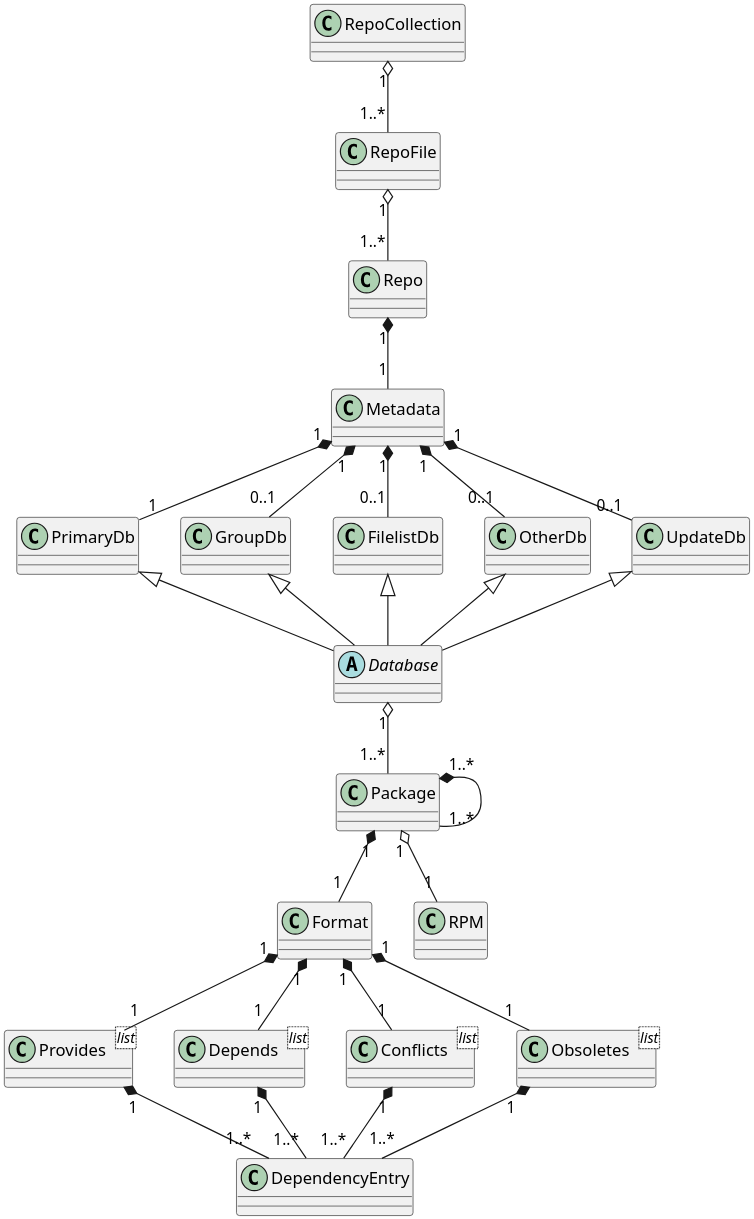
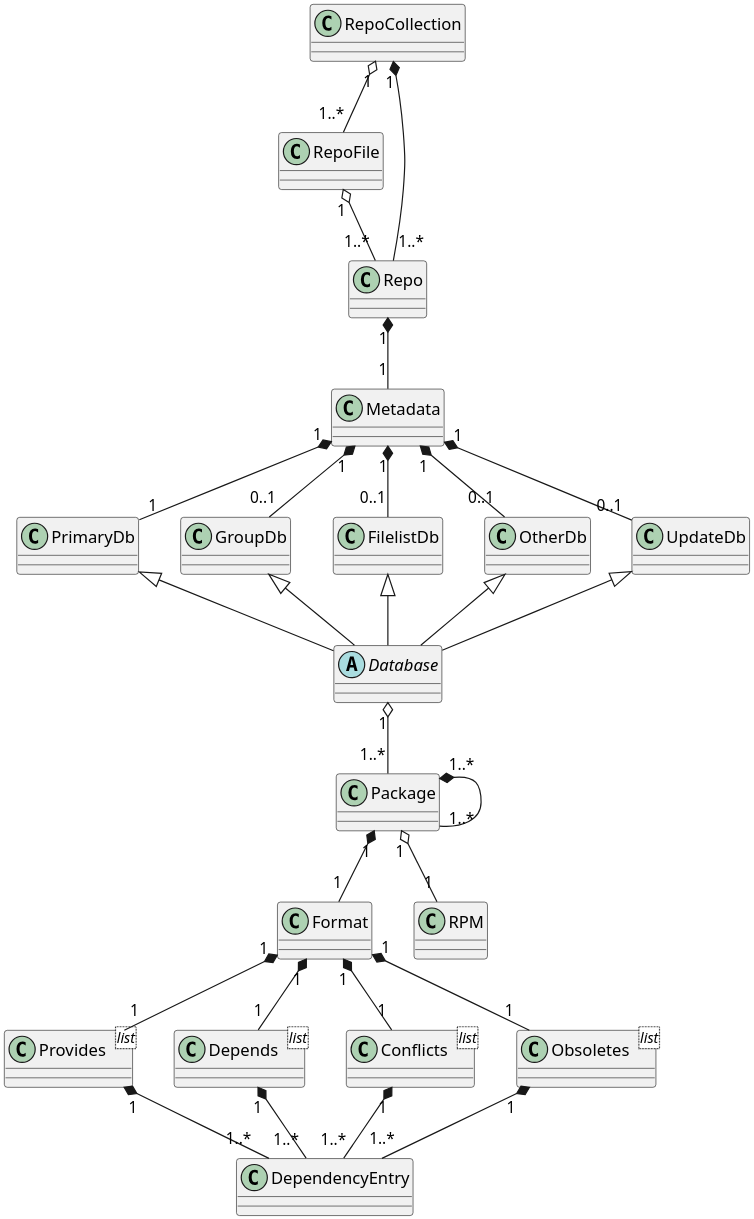
One commit to drewsonne/pyum changed the diagram in diagrams/pyum.puml. Above: the diagram before and after it, drawn with PlantUML. The commit also changed 4 other files, not shown here.

Commit message:
Added RepoCollection tests.

```diff
--- a/diagrams/pyum.puml
+++ b/diagrams/pyum.puml
@@ -1,69 +1,70 @@
 @startuml
 skinparam dpi 300
 
 class RepoCollection
 
 class RepoFile
 
 class Repo
 
 class Metadata
 
 abstract class Database
 
 class PrimaryDb
 class GroupDb
 class FilelistDb
 class OtherDb
 class UpdateDb
 
 class Package
 
 class Format
 
 class DependencyEntry
 
 class RPM
 
 class Provides<list>
 
 class Depends<list>
 
 class Conflicts<list>
 
 class Obsoletes<list>
 
 RepoCollection "1" o-- "1..*" RepoFile
+RepoCollection "1" *-- "1..*" Repo
 RepoFile "1" o-- "1..*" Repo
 Repo "1" *-- "1" Metadata
 
 Metadata "1" *-- "1" PrimaryDb
 Metadata "1" *-- "0..1" GroupDb
 Metadata "1" *-- "0..1" FilelistDb
 Metadata "1" *-- "0..1" OtherDb
 Metadata "1" *-- "0..1" UpdateDb
 
 PrimaryDb <|-- Database
 GroupDb <|-- Database
 FilelistDb <|-- Database
 OtherDb <|-- Database
 UpdateDb <|-- Database
 
 Database "1" o-- "1..*" Package
 
 Package "1" o-- "1" RPM
 Package "1" *-- "1" Format
 Package "1..*" *-- "1..*" Package
 
 Format "1" *-- "1" Provides
 Format "1" *-- "1" Depends
 Format "1" *-- "1" Conflicts
 Format "1" *-- "1" Obsoletes
 
 Provides "1" *-- "1..*" DependencyEntry
 Depends "1" *-- "1..*" DependencyEntry
 Conflicts "1" *-- "1..*" DependencyEntry
 Obsoletes "1" *-- "1..*" DependencyEntry
 
 
 @enduml
```
